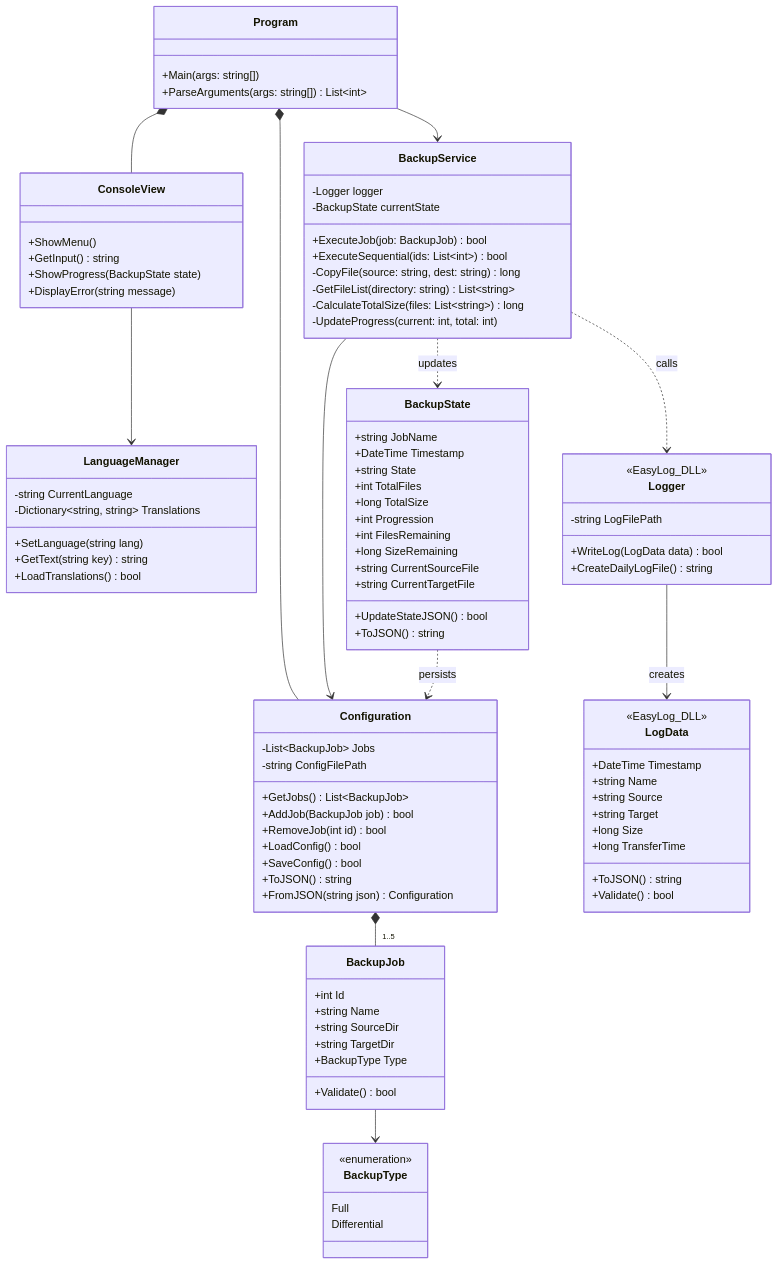
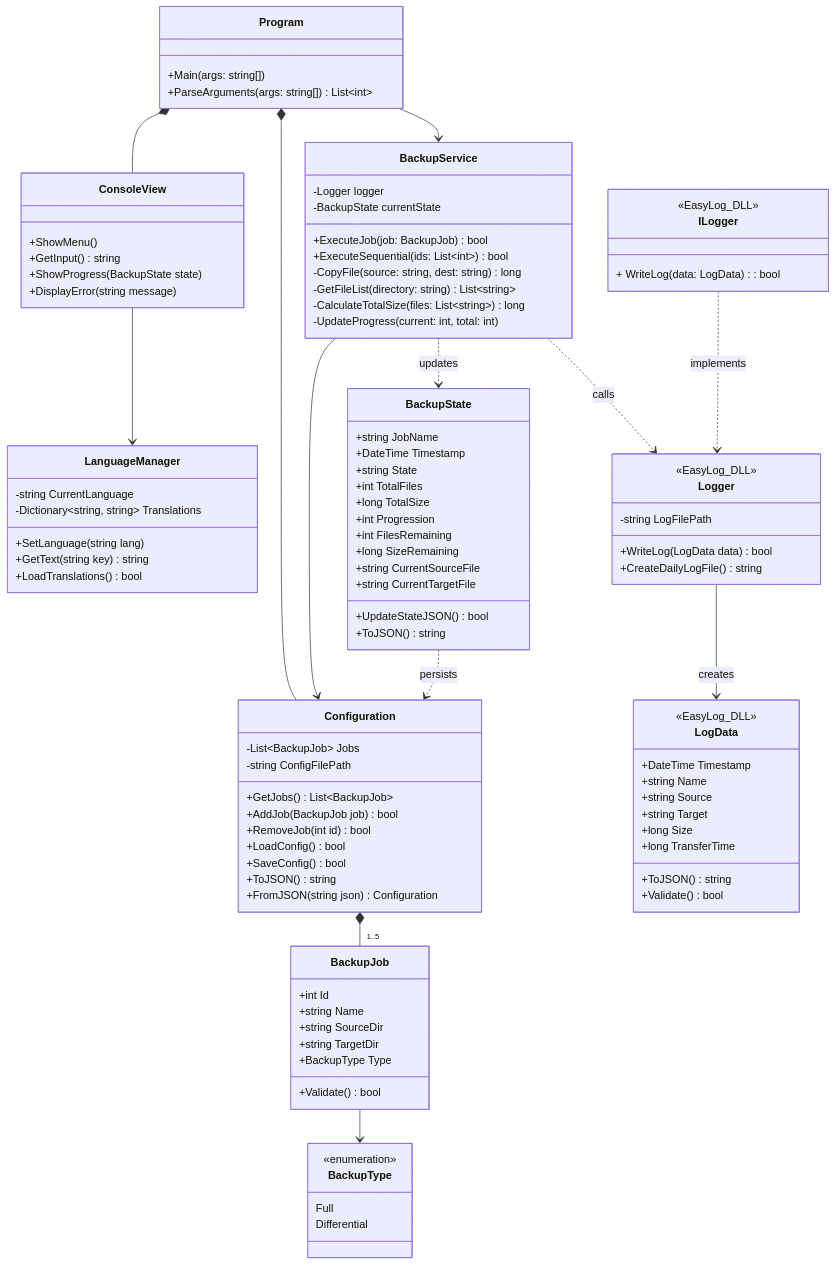
The second of 8 diagrams in Diagrams/UML.md (Groupe1-Prosoft/EasySave), drawn with Mermaid before and after one commit.

Commit message:
Addition of the class ILogger in class diagram after fayçal wonder me

````diff
--- a/Diagrams/UML.md
+++ b/Diagrams/UML.md
@@ -125,7 +125,11 @@
     }
     
 
-    
+    class ILogger {
+        <<EasyLog_DLL>>
+        + WriteLog(data: LogData): bool
+    }
+
     class Logger {
         <<EasyLog_DLL>>
         -string LogFilePath
@@ -161,5 +165,6 @@
     
     BackupJob --> BackupType
     BackupState ..> Configuration : persists
+    ILogger ..> Logger : implements
     Logger --> LogData : creates
 ```
````
